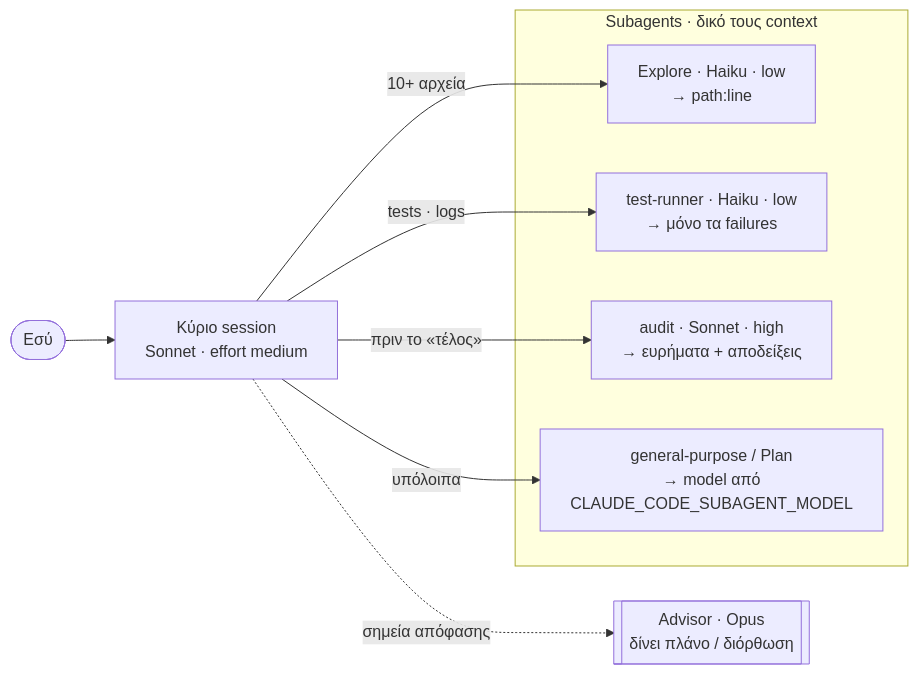
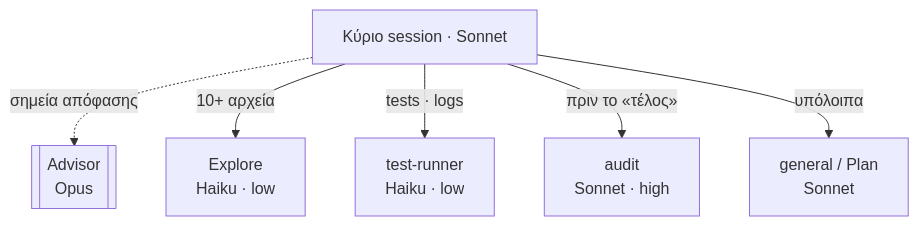
The first of 2 diagrams in plugins/repo-mode/README.md (kniko/claude-plugins), drawn with Mermaid before and after one commit. The commit also changed other lines of this file, not shown here.

Commit message:
repo-mode README: smaller diagrams

````diff
--- a/plugins/repo-mode/README.md
+++ b/plugins/repo-mode/README.md
@@ -24,15 +24,9 @@
 ```mermaid
-flowchart LR
-    U(["Εσύ"]) --> M["Κύριο session<br/>Sonnet · effort medium"]
-    M -.->|"σημεία απόφασης"| A[["Advisor · Opus<br/>δίνει πλάνο / διόρθωση"]]
-    subgraph SA ["Subagents · δικό τους context"]
-        E["Explore · Haiku · low<br/>→ path:line"]
-        T["test-runner · Haiku · low<br/>→ μόνο τα failures"]
-        R["audit · Sonnet · high<br/>→ ευρήματα + αποδείξεις"]
-        G["general-purpose / Plan<br/>→ model από<br/>CLAUDE_CODE_SUBAGENT_MODEL"]
-    end
-    M -->|"10+ αρχεία"| E
-    M -->|"tests · logs"| T
-    M -->|"πριν το «τέλος»"| R
-    M -->|"υπόλοιπα"| G
+flowchart TD
+    M["Κύριο session · Sonnet"]
+    M -.->|"σημεία απόφασης"| A[["Advisor<br/>Opus"]]
+    M -->|"10+ αρχεία"| E["Explore<br/>Haiku · low"]
+    M -->|"tests · logs"| T["test-runner<br/>Haiku · low"]
+    M -->|"πριν το «τέλος»"| R["audit<br/>Sonnet · high"]
+    M -->|"υπόλοιπα"| G["general / Plan<br/>Sonnet"]
 ```
````
